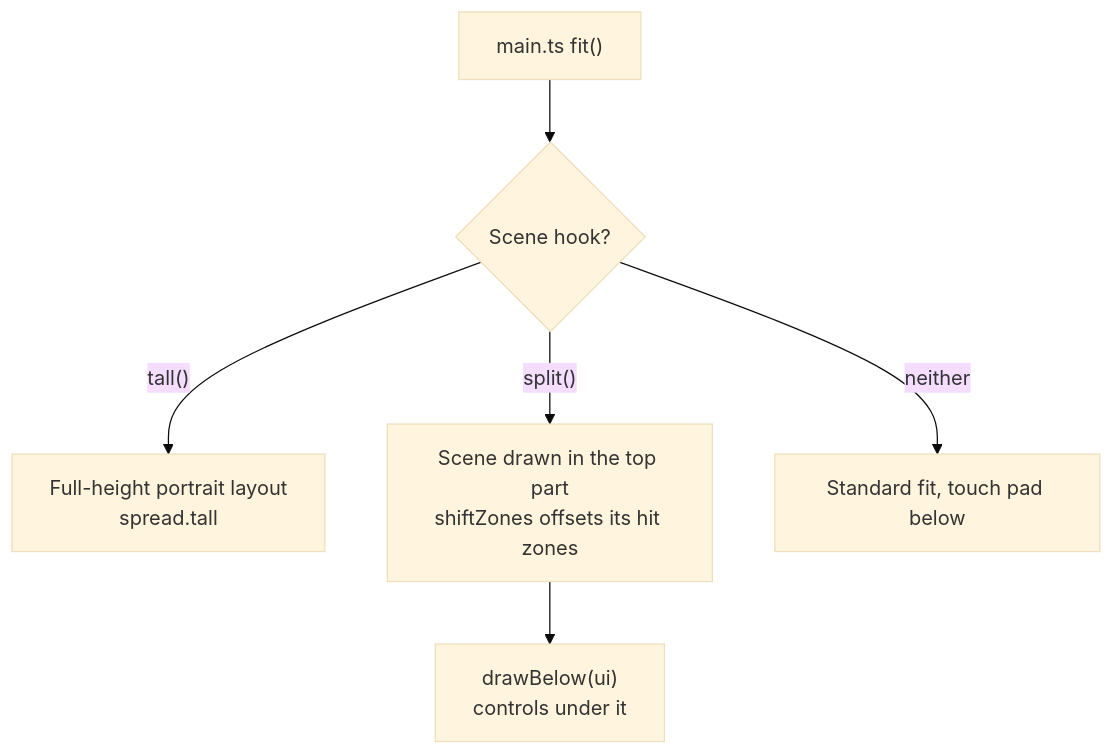
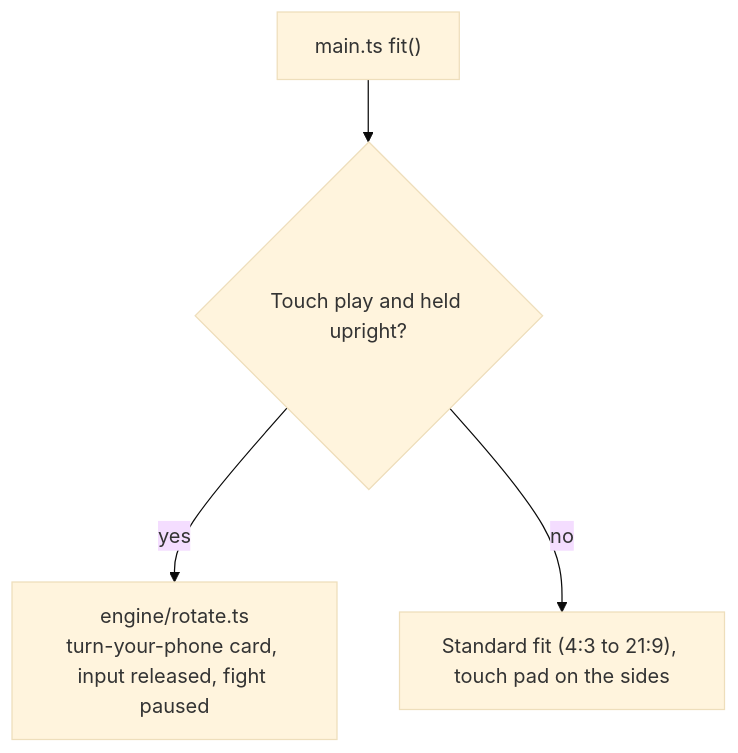
Before and after one commit to WesleyT4N/spell-vs-steel: diagram 18 of 27 in docs/ARCHITECTURE.md, drawn with Mermaid (base theme). The commit also changed other lines of this file and 37 other files, not shown here.

First line of the commit message:
Play phones in landscape only and remove the portrait UI (#149)

````diff
--- a/docs/ARCHITECTURE.md
+++ b/docs/ARCHITECTURE.md
@@ -436,8 +435,6 @@
 ```mermaid
 flowchart TB
-  fit["main.ts fit()"] --> q{"Scene hook?"}
-  q -- "tall()" --> tall["Full-height portrait layout<br/>spread.tall"]
-  q -- "split()" --> split["Scene drawn in the top part<br/>shiftZones offsets its hit zones"]
-  split --> below["drawBelow(ui)<br/>controls under it"]
-  q -- neither --> std["Standard fit, touch pad below"]
+  fit["main.ts fit()"] --> q{"Touch play and held upright?"}
+  q -- yes --> card["engine/rotate.ts<br/>turn-your-phone card, input released, fight paused"]
+  q -- no --> std["Standard fit (4:3 to 21:9), touch pad on the sides"]
 ```
````
